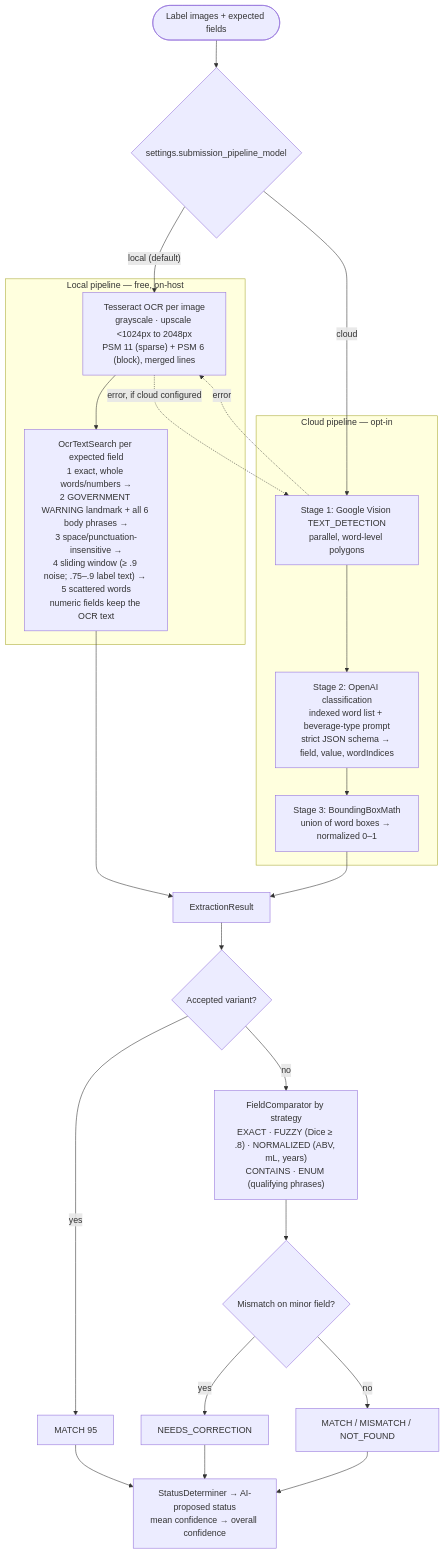
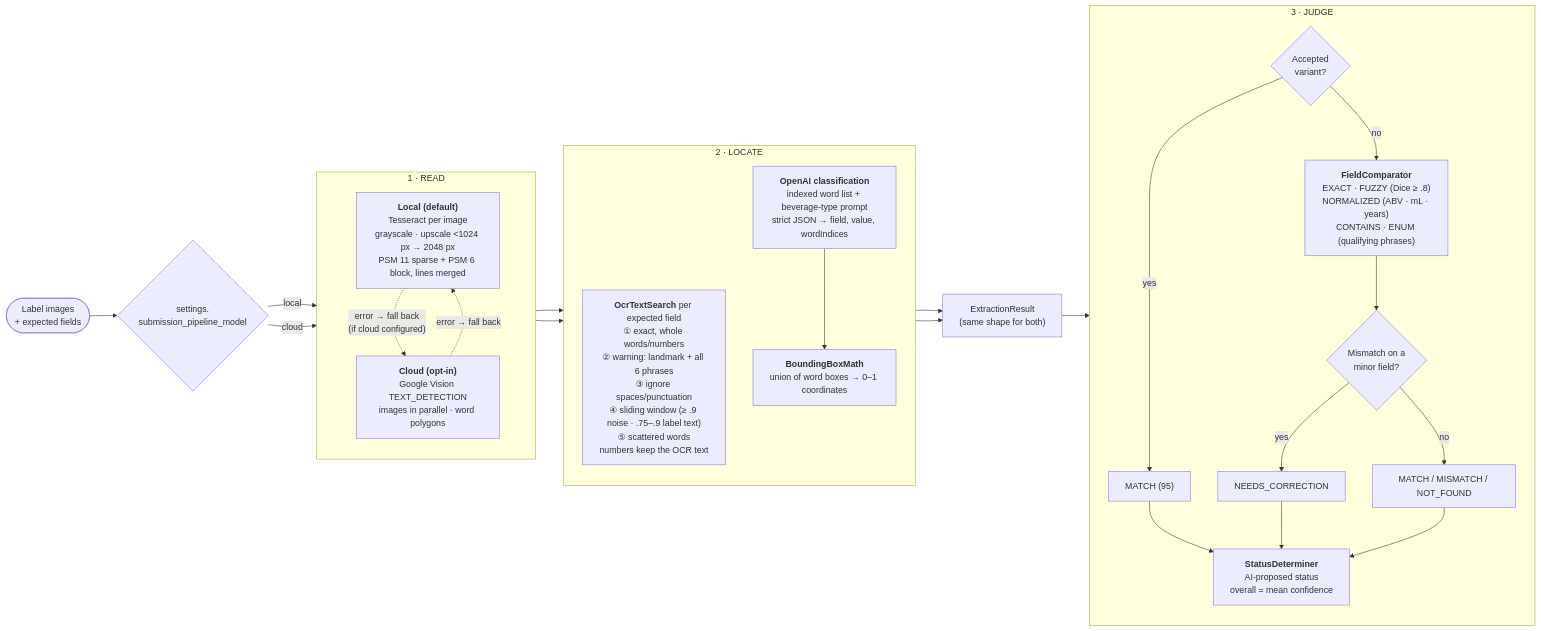
One commit to SarvariVin/ttb-label-verification changed the sixth of 9 diagrams in docs/architecture.md. Above: the diagram before and after it, drawn with Mermaid. The commit also changed other lines of this file and 251 other files, not shown here.

````diff
--- a/docs/architecture.md
+++ b/docs/architecture.md
@@ -232,34 +273,36 @@
 ```mermaid
-flowchart TB
-    start(["Label images + expected fields"]) --> setting{"settings.submission_pipeline_model"}
-    setting -- "local (default)" --> L1
-    setting -- "cloud" --> C1
+flowchart LR
+    in(["Label images<br/>+ expected fields"]) --> pick{"settings.<br/>submission_pipeline_model"}
 
-    subgraph local["Local pipeline — free, on-host"]
-        L1["Tesseract OCR per image<br/>grayscale · upscale &lt;1024px to 2048px<br/>PSM 11 (sparse) + PSM 6 (block), merged lines"]
-        L2["OcrTextSearch per expected field<br/>1 exact, whole words/numbers →<br/>2 GOVERNMENT WARNING landmark + all 6 body phrases →<br/>3 space/punctuation-insensitive →<br/>4 sliding window (≥ .9 noise; .75–.9 label text) → 5 scattered words<br/>numeric fields keep the OCR text"]
-        L1 --> L2
+    subgraph read["1 · READ"]
+        direction TB
+        L1["<b>Local (default)</b><br/>Tesseract per image<br/>grayscale · upscale &lt;1024 px → 2048 px<br/>PSM 11 sparse + PSM 6 block, lines merged"]
+        C1["<b>Cloud (opt-in)</b><br/>Google Vision TEXT_DETECTION<br/>images in parallel · word polygons"]
     end
 
-    subgraph cloud["Cloud pipeline — opt-in"]
-        C1["Stage 1: Google Vision TEXT_DETECTION<br/>parallel, word-level polygons"]
-        C2["Stage 2: OpenAI classification<br/>indexed word list + beverage-type prompt<br/>strict JSON schema → field, value, wordIndices"]
-        C3["Stage 3: BoundingBoxMath<br/>union of word boxes → normalized 0–1"]
-        C1 --> C2 --> C3
+    subgraph locate["2 · LOCATE"]
+        direction TB
+        L2["<b>OcrTextSearch</b> per expected field<br/>① exact, whole words/numbers<br/>② warning: landmark + all 6 phrases<br/>③ ignore spaces/punctuation<br/>④ sliding window (≥ .9 noise · .75–.9 label text)<br/>⑤ scattered words<br/>numbers keep the OCR text"]
+        C2["<b>OpenAI classification</b><br/>indexed word list + beverage-type prompt<br/>strict JSON → field, value, wordIndices"]
+        C3["<b>BoundingBoxMath</b><br/>union of word boxes → 0–1 coordinates"]
+        C2 --> C3
     end
 
-    L2 --> R["ExtractionResult"]
-    C3 --> R
-    C1 -. "error" .-> L1
-    L1 -. "error, if cloud configured" .-> C1
+    subgraph judge["3 · JUDGE"]
+        direction TB
+        V{"Accepted<br/>variant?"} -- yes --> M["MATCH (95)"]
+        V -- no --> FC["<b>FieldComparator</b><br/>EXACT · FUZZY (Dice ≥ .8)<br/>NORMALIZED (ABV · mL · years)<br/>CONTAINS · ENUM (qualifying phrases)"]
+        FC --> MI{"Mismatch on a<br/>minor field?"}
+        MI -- yes --> NC["NEEDS_CORRECTION"]
+        MI -- no --> ST["MATCH / MISMATCH / NOT_FOUND"]
+        M & NC & ST --> SD["<b>StatusDeterminer</b><br/>AI-proposed status<br/>overall = mean confidence"]
+    end
 
-    R --> V{"Accepted variant?"}
-    V -- yes --> M["MATCH 95"]
-    V -- no --> FC["FieldComparator by strategy<br/>EXACT · FUZZY (Dice ≥ .8) · NORMALIZED (ABV, mL, years)<br/>CONTAINS · ENUM (qualifying phrases)"]
-    FC --> MI{"Mismatch on minor field?"}
-    MI -- yes --> NC["NEEDS_CORRECTION"]
-    MI -- no --> ST["MATCH / MISMATCH / NOT_FOUND"]
-    M --> SD
-    NC --> SD
-    ST --> SD["StatusDeterminer → AI-proposed status<br/>mean confidence → overall confidence"]
+    pick -- local --> L1
+    pick -- cloud --> C1
+    L1 --> L2
+    C1 --> C2
+    L2 & C3 --> R["ExtractionResult<br/>(same shape for both)"] --> V
+    C1 -. "error → fall back" .-> L1
+    L1 -. "error → fall back<br/>(if cloud configured)" .-> C1
 ```
````
